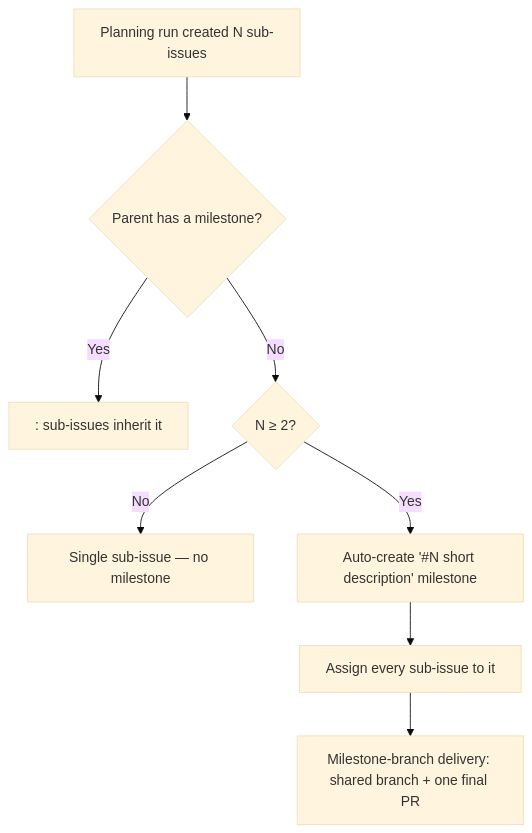
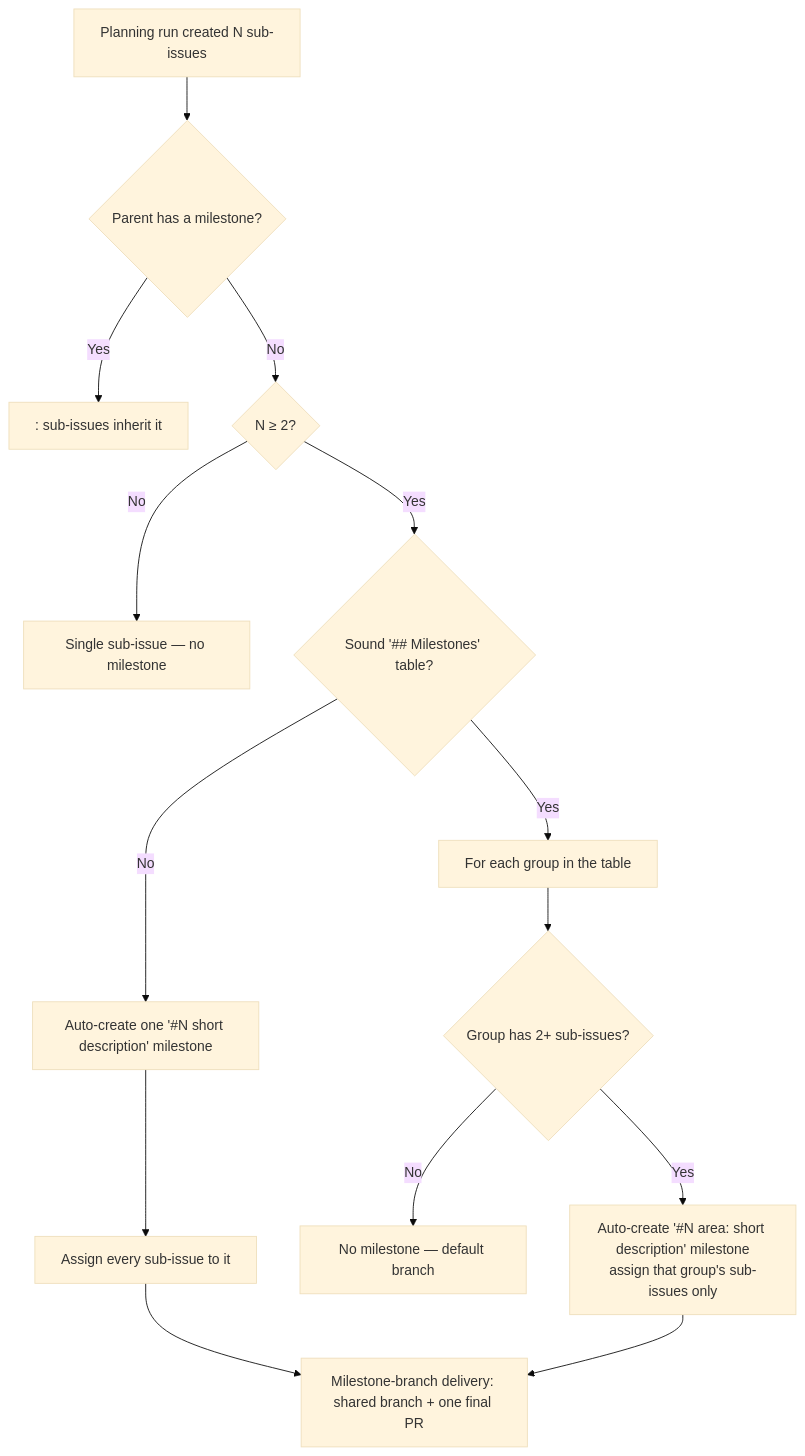
One commit to stSoftwareAU/VibeCoder changed the tenth of 13 diagrams in docs/workflows/planning-and-questions.md. Above: the diagram before and after it, drawn with Mermaid (base theme). The commit also changed other lines of this file and 2 other files, not shown here.

First line of the commit message:
Document one milestone per file-area group (Issue #2175)

````diff
--- a/docs/workflows/planning-and-questions.md
+++ b/docs/workflows/planning-and-questions.md
@@ -827,10 +847,16 @@
 ```mermaid
 flowchart TD
     A[Planning run created N sub-issues] --> B{Parent has a milestone?}
     B -- Yes --> C[: sub-issues inherit it]
     B -- No --> D{N ≥ 2?}
     D -- No --> E[Single sub-issue — no milestone]
-    D -- Yes --> F[Auto-create '#N short description' milestone]
-    F --> G[Assign every sub-issue to it]
-    G --> H[Milestone-branch delivery: shared branch + one final PR]
+    D -- Yes --> G{"Sound '## Milestones' table?"}
+    G -- No --> F[Auto-create one '#N short description' milestone]
+    F --> I[Assign every sub-issue to it]
+    G -- Yes --> P[For each group in the table]
+    P --> S{"Group has 2+ sub-issues?"}
+    S -- No --> T[No milestone — default branch]
+    S -- Yes --> M["Auto-create '#N area: short description' milestone<br/>assign that group's sub-issues only"]
+    I --> H[Milestone-branch delivery: shared branch + one final PR]
+    M --> H
 ```
````
